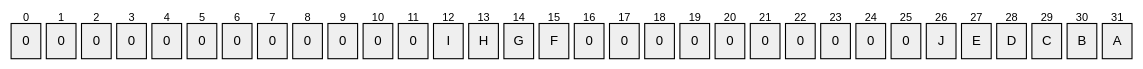
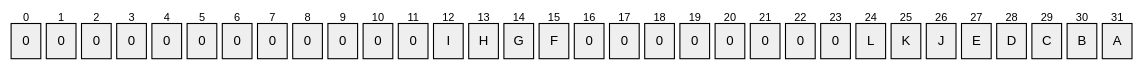
The diagram in skills/windows-protocols/MS-KILE/MS-KILE.md (awakecoding/openspecs), drawn with Mermaid before and after one commit. The commit also changed other lines of this file and 18 other files, not shown here.

````diff
--- a/skills/windows-protocols/MS-KILE/MS-KILE.md
+++ b/skills/windows-protocols/MS-KILE/MS-KILE.md
@@ -789,35 +798,35 @@
 ```mermaid
 packet-beta
   0-0: "0"
   1-1: "0"
   2-2: "0"
   3-3: "0"
   4-4: "0"
   5-5: "0"
   6-6: "0"
   7-7: "0"
   8-8: "0"
   9-9: "0"
   10-10: "0"
   11-11: "0"
   12-12: "I"
   13-13: "H"
   14-14: "G"
   15-15: "F"
   16-16: "0"
   17-17: "0"
   18-18: "0"
   19-19: "0"
   20-20: "0"
   21-21: "0"
   22-22: "0"
   23-23: "0"
-  24-24: "0"
-  25-25: "0"
+  24-24: "L"
+  25-25: "K"
   26-26: "J"
   27-27: "E"
   28-28: "D"
   29-29: "C"
   30-30: "B"
   31-31: "A"
 ```
````
